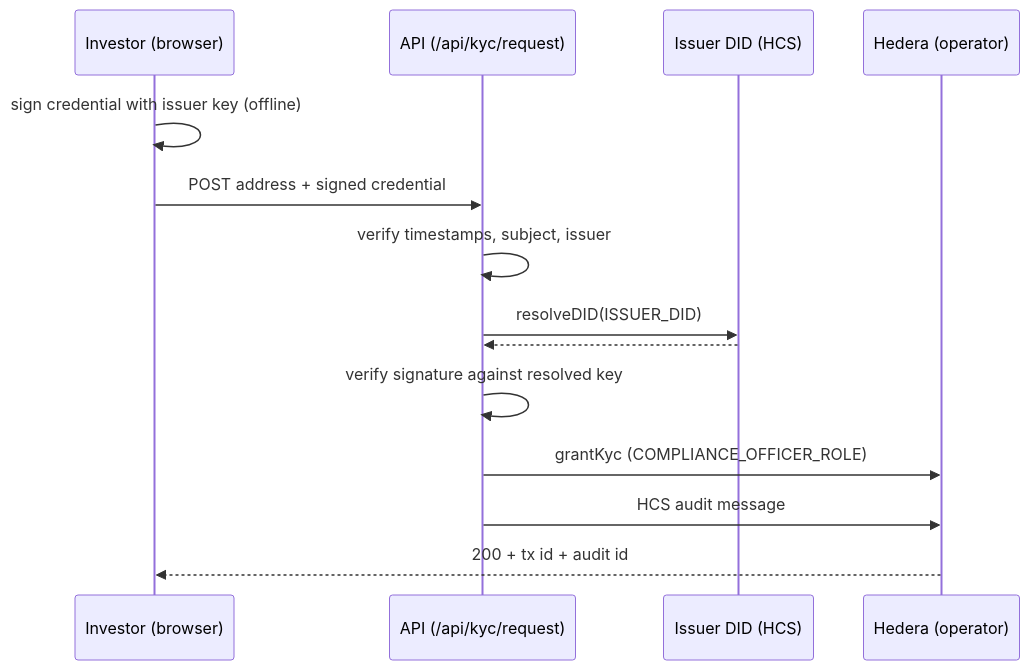
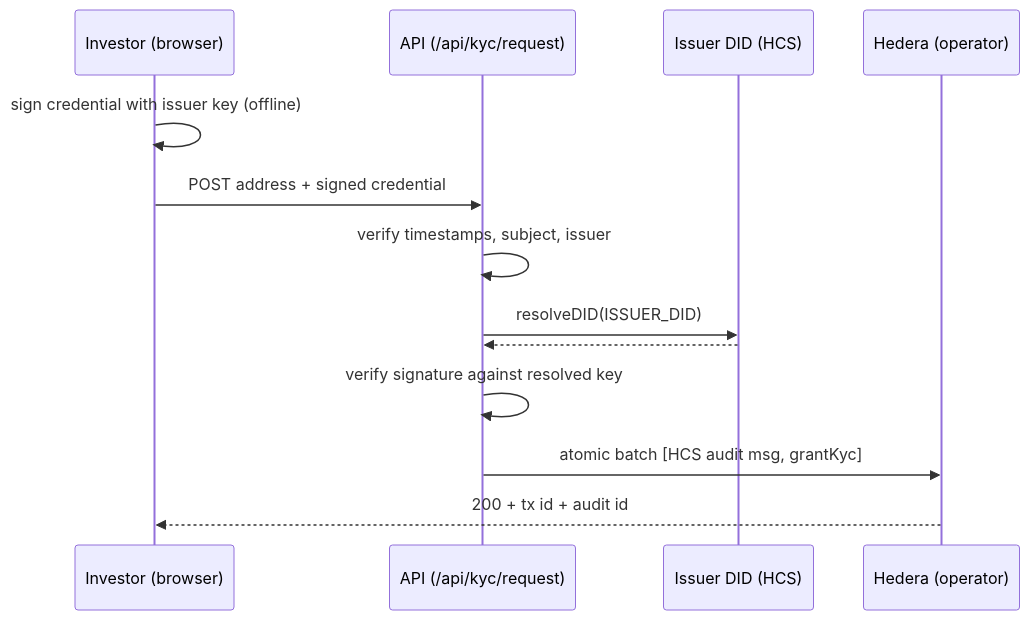
Before and after one commit to Jashk120/compliance-token-template: the second of 2 diagrams in README.md, drawn with Mermaid. The commit also changed other lines of this file and 10 other files, not shown here.

First line of the commit message:
fix(nextjs): commit the compliance action and its HCS audit write in one atomic batch

````diff
--- a/README.md
+++ b/README.md
@@ -251,16 +251,15 @@
 ```mermaid
 sequenceDiagram
   participant I as Investor (browser)
   participant A as API (/api/kyc/request)
   participant D as Issuer DID (HCS)
   participant H as Hedera (operator)
   I->>I: sign credential with issuer key (offline)
   I->>A: POST address + signed credential
   A->>A: verify timestamps, subject, issuer
   A->>D: resolveDID(ISSUER_DID)
   D-->>A: #did-root-key (Ed25519)
   A->>A: verify signature against resolved key
-  A->>H: grantKyc (COMPLIANCE_OFFICER_ROLE)
-  A->>H: HCS audit message
+  A->>H: atomic batch [HCS audit msg, grantKyc]
   H-->>I: 200 + tx id + audit id
 ```
````
